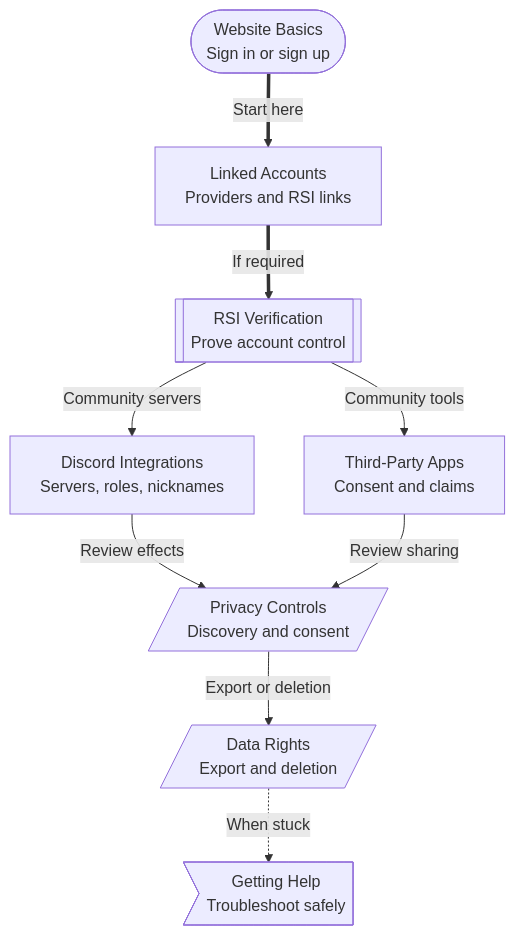
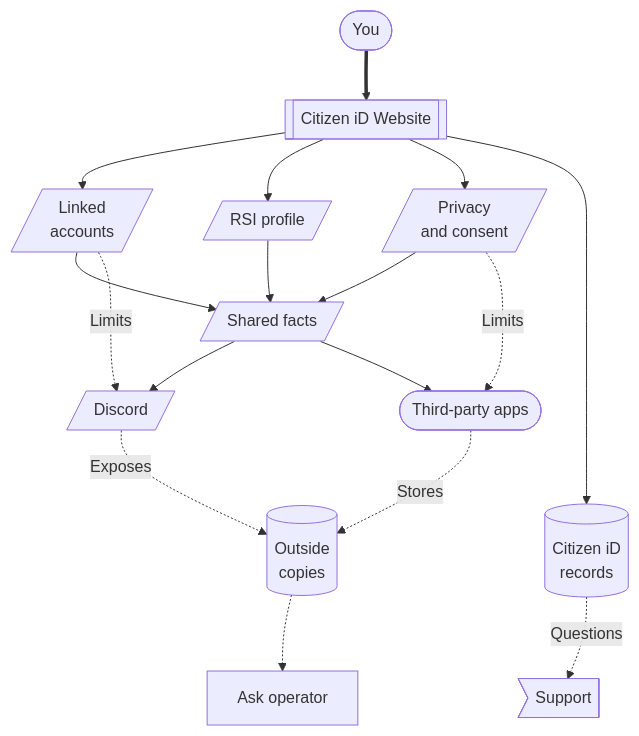
One commit to ArkanisCorporation/CitizenId-docs changed the diagram in docs/players/index.md. Above: the diagram before and after it, drawn with Mermaid. The commit also changed other lines of this file and 7 other files, not shown here.

````diff
--- a/docs/players/index.md
+++ b/docs/players/index.md
@@ -18,35 +21,52 @@
 ```mermaid
 flowchart TD
-  website(["Website Basics<br/>Sign in or sign up"])
-  accounts["Linked Accounts<br/>Providers and RSI links"]
-  rsi[["RSI Verification<br/>Prove account control"]]
-  discord["Discord Integrations<br/>Servers, roles, nicknames"]
-  apps["Third-Party Apps<br/>Consent and claims"]
-  privacy[/"Privacy Controls<br/>Discovery and consent"/]
-  dataRights[/Data Rights<br/>Export and deletion/]
-  support>Getting Help<br/>Troubleshoot safely]
+  you(["You"])
+  website[["Citizen iD Website"]]
+  linked[/"Linked<br/>accounts"/]
+  rsi[/"RSI profile"/]
+  discord[/"Discord"/]
+  shared[/Shared facts/]
+  privacy[/"Privacy<br/>and consent"/]
+  apps(["Third-party apps"])
+  records[(Citizen iD<br/>records)]
+  outside[(Outside<br/>copies)]
+  ask[Ask operator]
+  support>Support]
 
-  website ==>|Start here| accounts
-  accounts ==>|If required| rsi
-  rsi -->|"Community servers"| discord
-  rsi -->|"Community tools"| apps
-  discord -->|"Review effects"| privacy
-  apps -->|"Review sharing"| privacy
-  privacy -->|"Export or deletion"| dataRights
-  dataRights -. "When stuck" .-> support
+  you ==> website
+  website --> linked
+  website --> rsi
+  website --> privacy
+  website --> records
 
-  class website,discord,apps context;
-  class accounts action;
-  class rsi service;
-  class privacy,dataRights data;
-  class support caution;
+  rsi --> shared
+  linked --> shared
+  linked -.->|Limits| discord
+  privacy --> shared
+  privacy -.->|Limits| apps
+  shared --> discord
+  shared --> apps
+  apps -. "Stores" .-> outside
+  discord -. "Exposes" .-> outside
+  records -. "Questions" .-> support
+  outside -.-> ask
+  outside ~~~ support
+
+  class you,apps actor;
+  class ask action;
+  class website service;
+  class linked,rsi,discord,privacy context;
+  class account,shared,records data;
+  class verified success;
+  class outside,support caution;
 
   click website "/players/website-basics" "Open Website Basics" _self
-  click accounts "/players/linked-accounts" "Open Linked Accounts" _self
+  click linked "/players/linked-accounts" "Open Linked Accounts" _self
   click rsi "/players/rsi-verification" "Open RSI Verification" _self
   click discord "/players/discord-integrations" "Open Discord Integrations" _self
   click apps "/players/third-party-apps" "Open Third-Party Apps" _self
   click privacy "/players/privacy-controls" "Open Privacy Controls" _self
-  click dataRights "/players/data-rights" "Open Data Rights" _self
+  click outside "/players/data-rights#third-party-copies" "Open Third Party Copies" _self
+  click records "/players/data-rights" "Open Data Rights" _self
   click support "/players/getting-help" "Open Getting Help" _self
 ```
````
